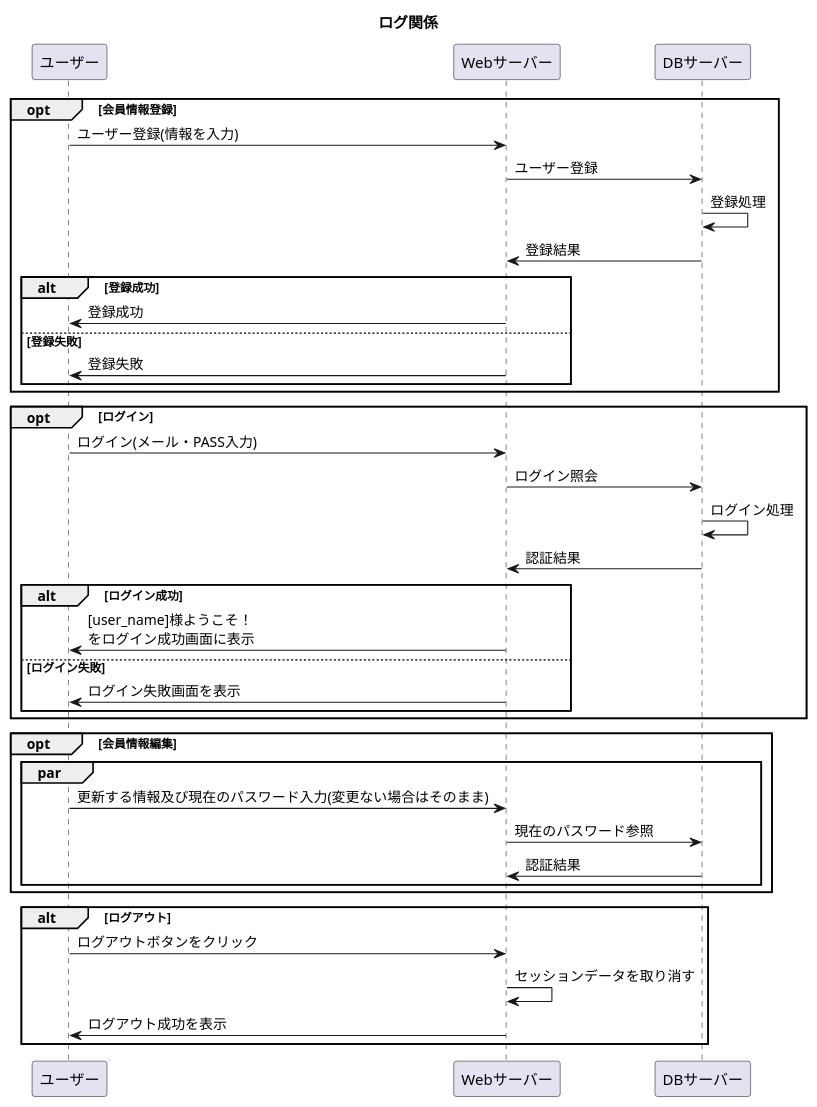
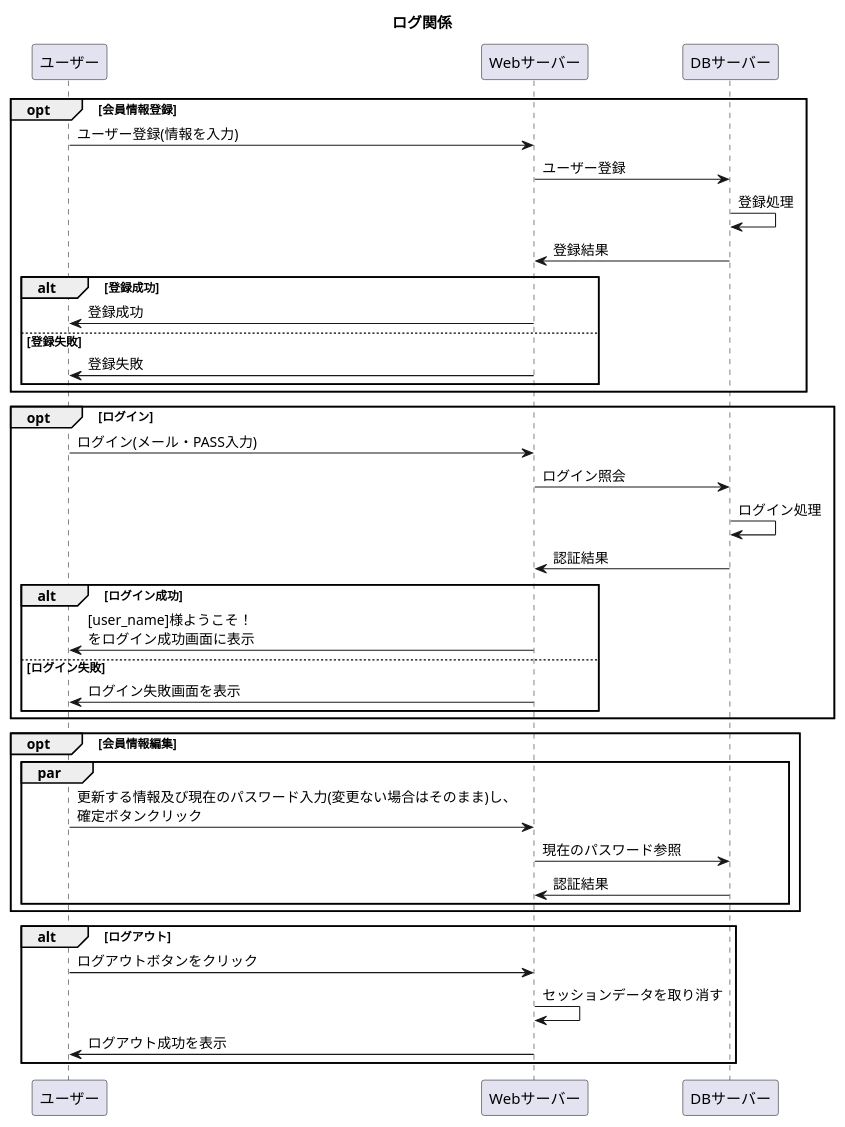
The diagram in 設計書/02_業務フロー/Log-flow.md (Aso2001227/Aso-Sports-1), drawn with PlantUML before and after one commit.

````diff
--- a/設計書/02_業務フロー/Log-flow.md
+++ b/設計書/02_業務フロー/Log-flow.md
@@ -1,41 +1,41 @@
 ```uml
 @startuml
 title: ログ関係
 opt 会員情報登録
   ユーザー -> Webサーバー : ユーザー登録(情報を入力)
   Webサーバー -> DBサーバー : ユーザー登録
   DBサーバー -> DBサーバー : 登録処理
   DBサーバー -> Webサーバー : 登録結果
   alt 登録成功
     Webサーバー -> ユーザー : 登録成功
     else 登録失敗
     Webサーバー -> ユーザー : 登録失敗
   end
   end
   opt ログイン
       ユーザー -> Webサーバー : ログイン(メール・PASS入力)
       Webサーバー -> DBサーバー : ログイン照会
       DBサーバー -> DBサーバー : ログイン処理
       DBサーバー -> Webサーバー : 認証結果
       alt ログイン成功
         Webサーバー -> ユーザー : [user_name]様ようこそ！\nをログイン成功画面に表示
        else ログイン失敗
         Webサーバー -> ユーザー : ログイン失敗画面を表示
       end
       end
       
     opt 会員情報編集
     par
-      ユーザー ->Webサーバー :更新する情報及び現在のパスワード入力(変更ない場合はそのまま)
+      ユーザー ->Webサーバー :更新する情報及び現在のパスワード入力(変更ない場合はそのまま)し、\n確定ボタンクリック
       Webサーバー -> DBサーバー : 現在のパスワード参照
       DBサーバー -> Webサーバー : 認証結果
       end
    end
       
     alt ログアウト
       ユーザー ->Webサーバー :ログアウトボタンをクリック
       Webサーバー -> Webサーバー :セッションデータを取り消す
       Webサーバー -> ユーザー :ログアウト成功を表示 
      end
 @enduml
 ```
````
